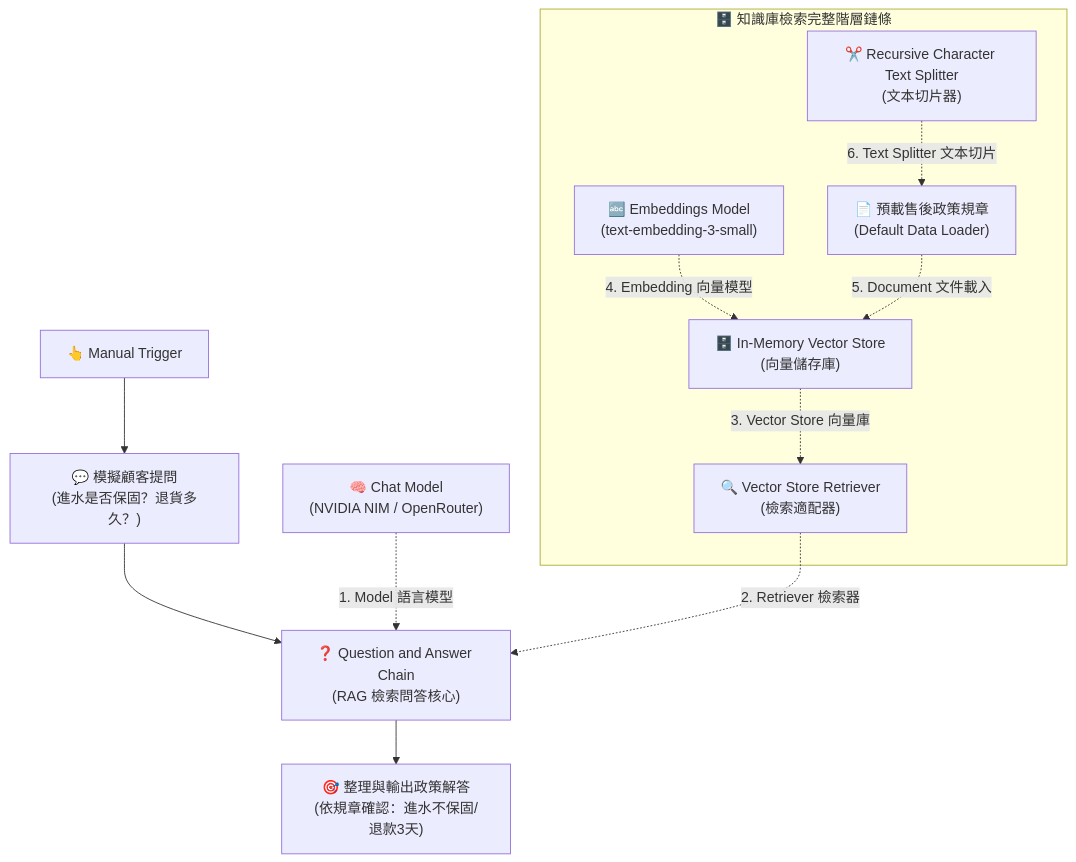
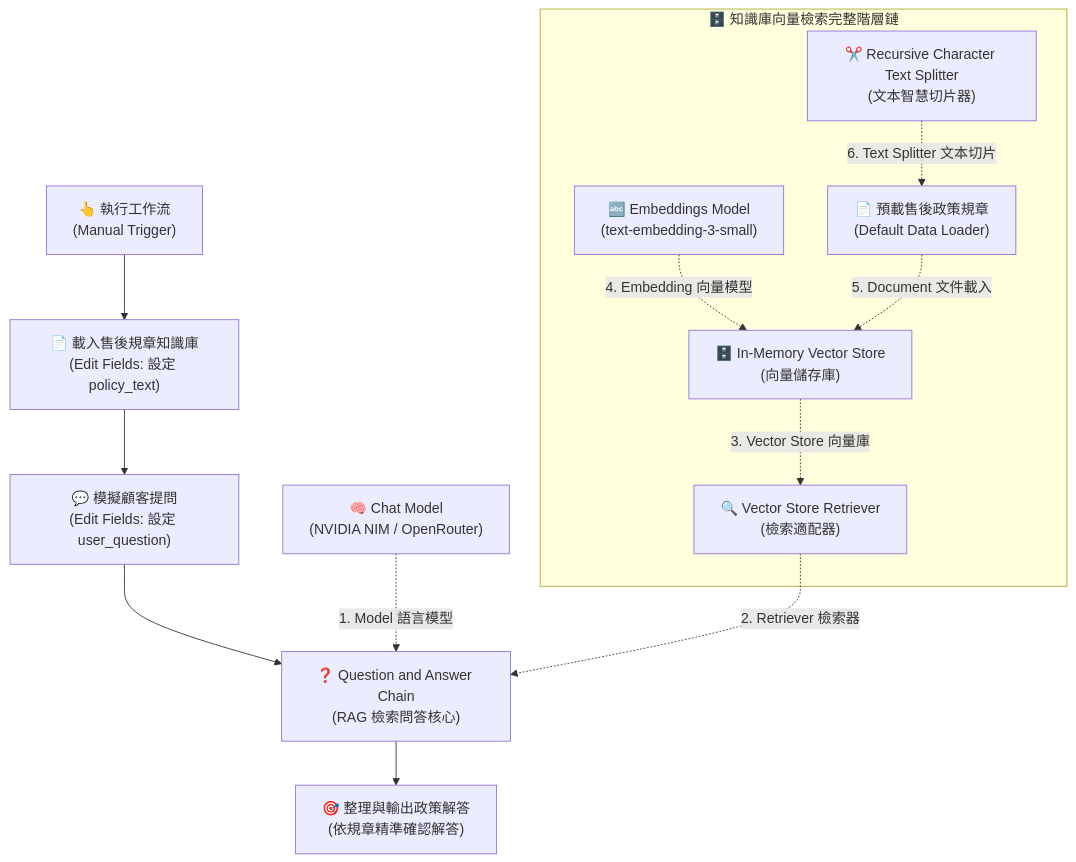
Before and after one commit to roberthsu2003/n8n: the diagram in AI_Agent/階段一_基礎專用AI節點/Question_and_Answer_Chain/README.md, drawn with Mermaid. The commit also changed other lines of this file and 1 other file, not shown here.

````diff
--- a/AI_Agent/階段一_基礎專用AI節點/Question_and_Answer_Chain/README.md
+++ b/AI_Agent/階段一_基礎專用AI節點/Question_and_Answer_Chain/README.md
@@ -19,23 +19,24 @@
 ```mermaid
 flowchart TD
-    Trigger["👆 Manual Trigger"] --> Question["💬 模擬顧客提問<br/>(進水是否保固？退貨多久？)"]
+    Trigger["👆 執行工作流<br/>(Manual Trigger)"] --> LoadDoc["📄 載入售後規章知識庫<br/>(Edit Fields: 設定 policy_text)"]
+    LoadDoc --> Question["💬 模擬顧客提問<br/>(Edit Fields: 設定 user_question)"]
     Question --> QAChain["❓ Question and Answer Chain<br/>(RAG 檢索問答核心)"]
-    QAChain --> Answer["🎯 整理與輸出政策解答<br/>(依規章確認：進水不保固/退款3天)"]
+    QAChain --> Answer["🎯 整理與輸出政策解答<br/>(依規章精準確認解答)"]
     
     Model["🧠 Chat Model<br/>(NVIDIA NIM / OpenRouter)"] -.->|1. Model 語言模型| QAChain
     
-    subgraph RAG_Stack ["🗄️ 知識庫檢索完整階層鏈條"]
+    subgraph RAG_Stack ["🗄️ 知識庫向量檢索完整階層鏈"]
         RetrieverNode["🔍 Vector Store Retriever<br/>(檢索適配器)"]
         VectorStore["🗄️ In-Memory Vector Store<br/>(向量儲存庫)"]
         Embeddings["🔤 Embeddings Model<br/>(text-embedding-3-small)"]
         DocLoader["📄 預載售後政策規章<br/>(Default Data Loader)"]
-        Splitter["✂️ Recursive Character Text Splitter<br/>(文本切片器)"]
+        Splitter["✂️ Recursive Character Text Splitter<br/>(文本智慧切片器)"]
         
         VectorStore -.->|3. Vector Store 向量庫| RetrieverNode
         Embeddings -.->|4. Embedding 向量模型| VectorStore
         DocLoader -.->|5. Document 文件載入| VectorStore
         Splitter -.->|6. Text Splitter 文本切片| DocLoader
     end
 
     RetrieverNode -.->|2. Retriever 檢索器| QAChain
 ```
````
